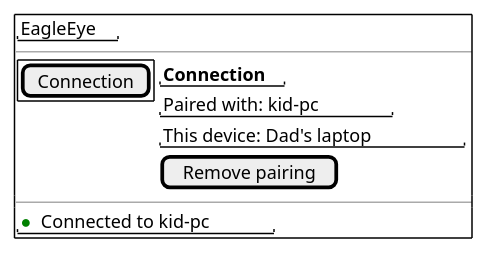
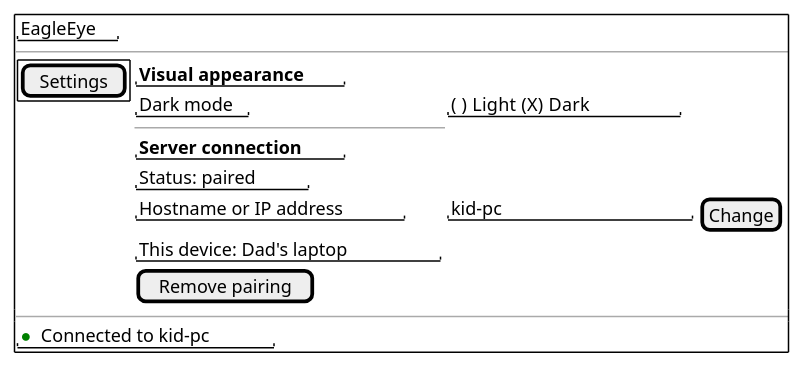
One commit to adlemich/EagleEye changed the third of 5 diagrams in 02_Implementation/docs/requirements/user-stories/US-002/user-story.md. Above: the diagram before and after it, drawn with PlantUML. The commit also changed other lines of this file and 1 other file, not shown here.

First line of the commit message:
US-002: Settings page with Visual appearance (light/dark) and Server connection

````diff
--- a/02_Implementation/docs/requirements/user-stories/US-002/user-story.md
+++ b/02_Implementation/docs/requirements/user-stories/US-002/user-story.md
@@ -150,21 +162,25 @@
 ```plantuml
 @startsalt
 {+
   "EagleEye"
   ---
   {
     {+
-      [Connection]
+      [Settings]
     } |
     {
-      "<b>Connection"
-      "Paired with: kid-pc"
+      "<b>Visual appearance"
+      "Dark mode" | "( ) Light  (X) Dark"
+      ---
+      "<b>Server connection"
+      "Status: paired"
+      "Hostname or IP address" | "kid-pc              " | [Change]
       "This device: Dad's laptop"
       [Remove pairing]
     }
   }
   ---
   "<color:green>●</color> Connected to kid-pc"
 }
 @endsalt
 ```
````
